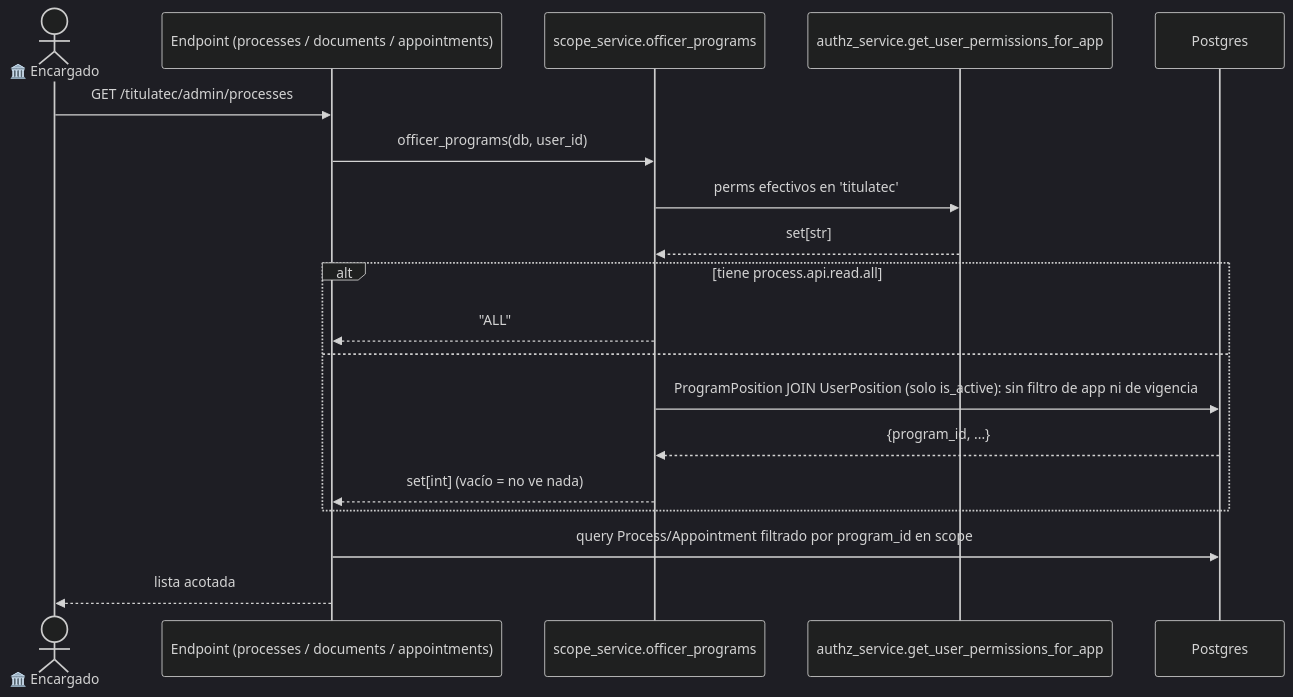
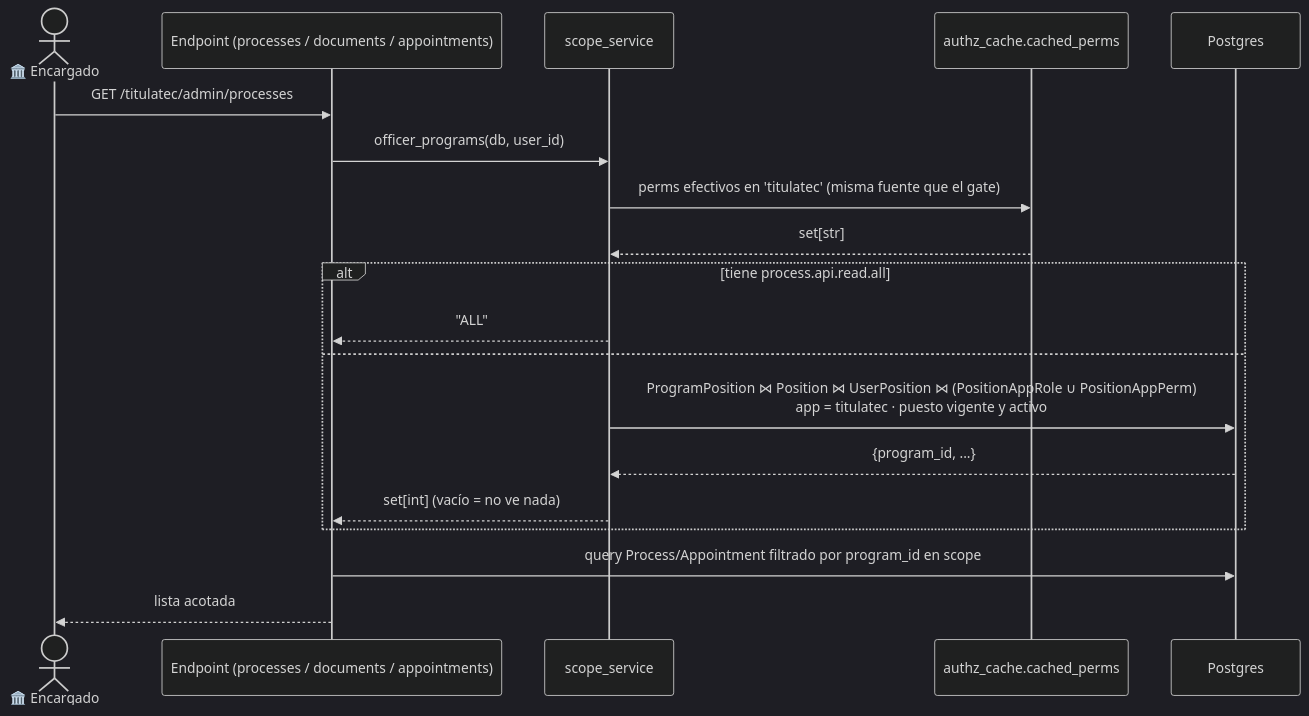
The first of 2 diagrams in itcj2/apps/titulatec/docs/flows/engine_officer_scope.md (Erne1357/itcj), drawn with Mermaid (dark theme) before and after one commit. The commit also changed other lines of this file and 23 other files, not shown here.

````diff
--- a/itcj2/apps/titulatec/docs/flows/engine_officer_scope.md
+++ b/itcj2/apps/titulatec/docs/flows/engine_officer_scope.md
@@ -41,21 +44,21 @@
 ```mermaid
 sequenceDiagram
     actor U as 🏛️ Encargado
     participant API as Endpoint (processes / documents / appointments)
-    participant SC as scope_service.officer_programs
-    participant AZ as authz_service.get_user_permissions_for_app
+    participant SC as scope_service
+    participant AZ as authz_cache.cached_perms
     participant DB as Postgres
     U->>API: GET /titulatec/admin/processes
     API->>SC: officer_programs(db, user_id)
-    SC->>AZ: perms efectivos en 'titulatec'
+    SC->>AZ: perms efectivos en 'titulatec' (misma fuente que el gate)
     AZ-->>SC: set[str]
     alt tiene process.api.read.all
         SC-->>API: "ALL"
     else
-        SC->>DB: ProgramPosition JOIN UserPosition (solo is_active): sin filtro de app ni de vigencia
+        SC->>DB: ProgramPosition ⋈ Position ⋈ UserPosition ⋈ (PositionAppRole ∪ PositionAppPerm)<br/>app = titulatec · puesto vigente y activo
         DB-->>SC: {program_id, ...}
         SC-->>API: set[int]  (vacío = no ve nada)
     end
     API->>DB: query Process/Appointment filtrado por program_id en scope
     API-->>U: lista acotada
 ```
````
